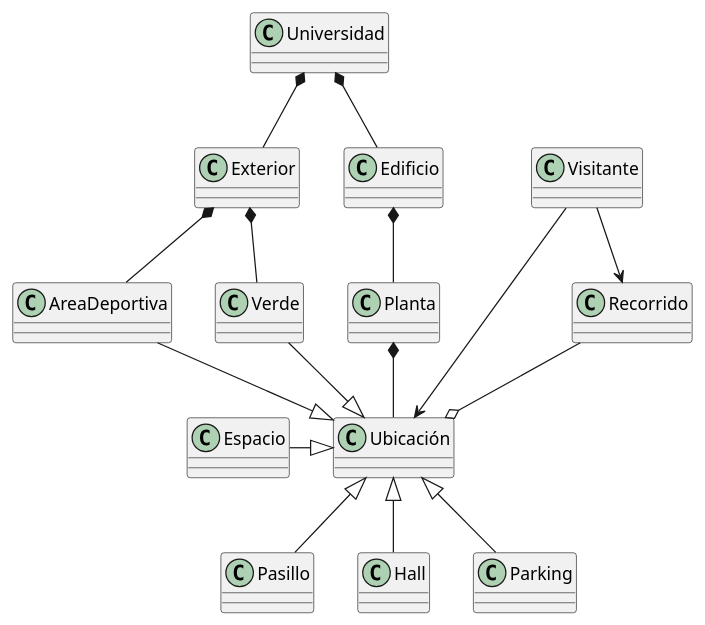
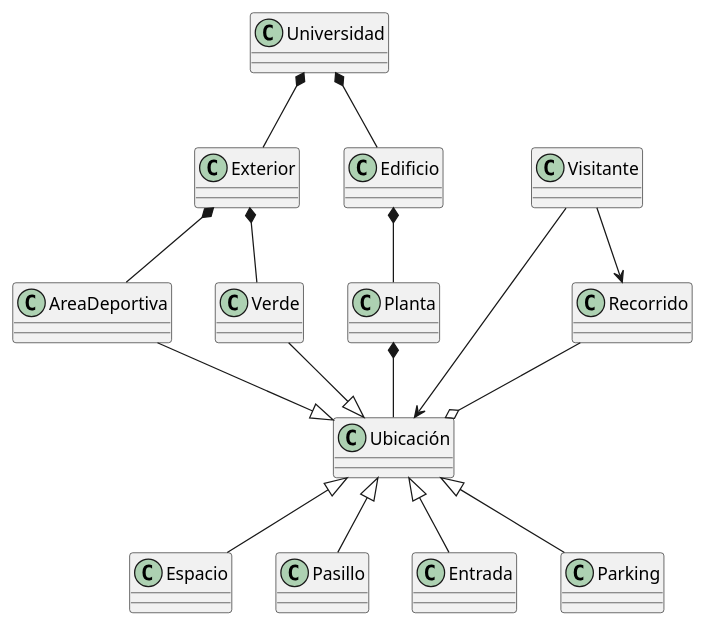
One commit to Camila-Lesly/25-26-idsw1-sdr changed the diagram in documentos/00-modeloDeDominio/DiagramaDeClases/diagramaDeClases.puml. Above: the diagram before and after it, drawn with PlantUML. The commit also changed 2 other files, not shown here.

```diff
--- a/documentos/00-modeloDeDominio/DiagramaDeClases/diagramaDeClases.puml
+++ b/documentos/00-modeloDeDominio/DiagramaDeClases/diagramaDeClases.puml
@@ -1,33 +1,33 @@
 @startuml
 class Ubicación
 class Visitante
 class Espacio
 class Universidad
 class Edificio
 class Exterior
 class Planta
 class AreaDeportiva
 class Verde 
 class Recorrido
 class Pasillo
-class Hall
+class Entrada
 class Parking
 
 Visitante -->  Ubicación
 Visitante --> Recorrido
 Recorrido --o Ubicación
 Universidad  *-- Edificio
 Edificio *-- Planta
 Universidad  *-- Exterior
 Exterior *-- AreaDeportiva
 Exterior *-- Verde
 Planta *-- Ubicación
-Espacio -r-|> Ubicación
+Espacio -up-|> Ubicación
 Pasillo -up-|> Ubicación
-Hall -up-|> Ubicación
+Entrada -up-|> Ubicación
 Parking -up-|> Ubicación
 Verde --|> Ubicación
 AreaDeportiva -r-|> Ubicación
 Edificio -[hidden]l-> Exterior
 AreaDeportiva -[hidden]r-> Recorrido
 @enduml
```
